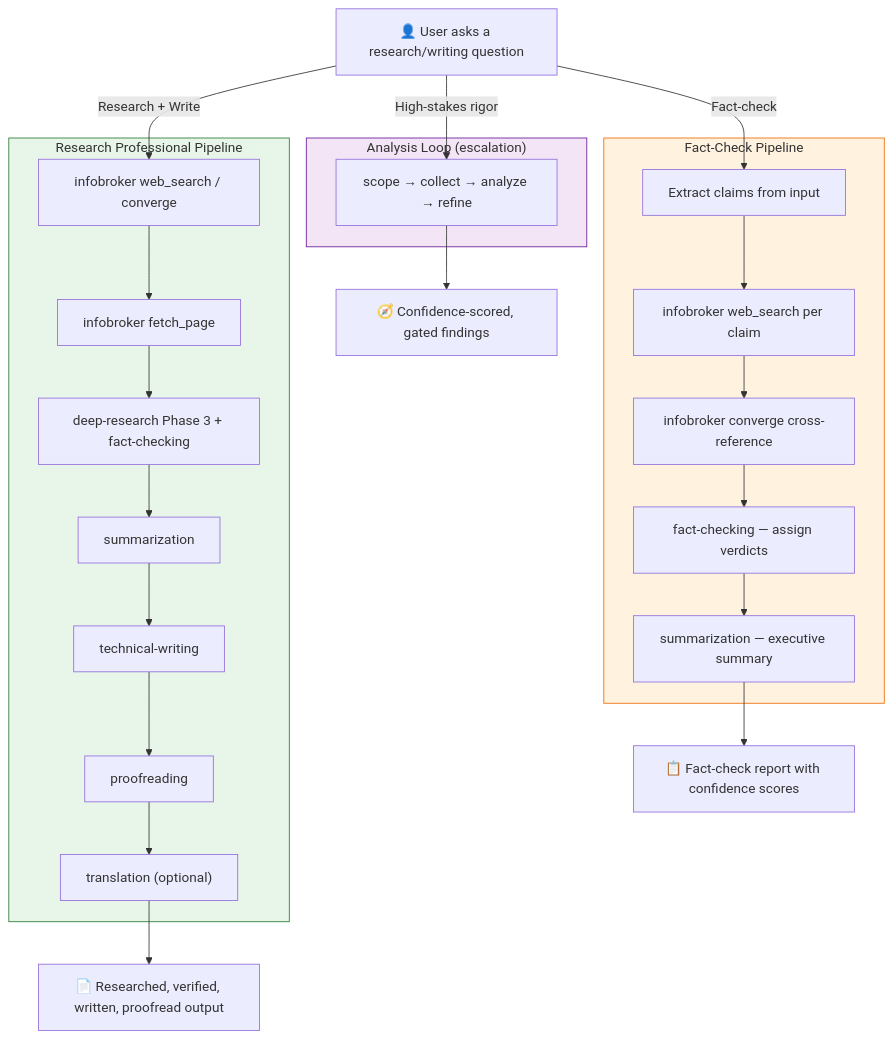
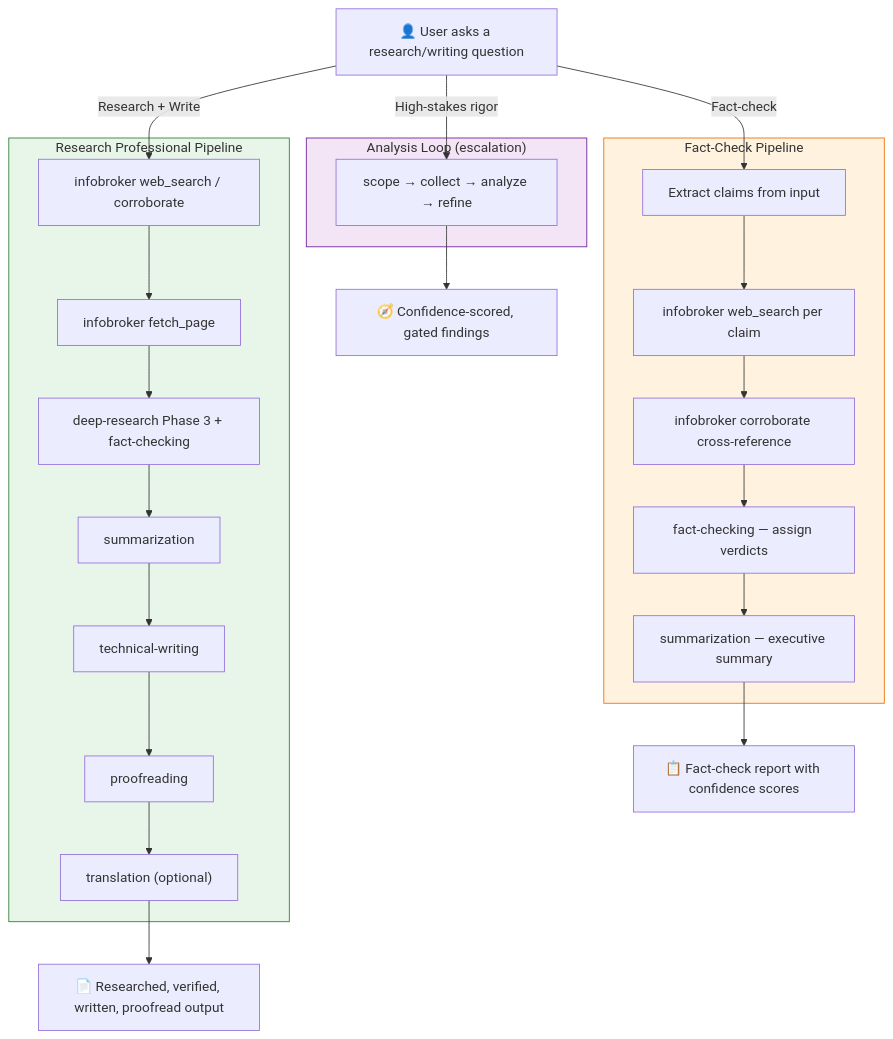
One commit to flukeatzerocool/infobroker changed the diagram in skills/infobroker/references/pipeline-map.md. Above: the diagram before and after it, drawn with Mermaid. The commit also changed 32 other files, not shown here.

````diff
--- a/skills/infobroker/references/pipeline-map.md
+++ b/skills/infobroker/references/pipeline-map.md
@@ -3,38 +3,38 @@
 ```mermaid
 flowchart TD
     U["👤 User asks a research/writing question"]
 
     U -->|"Research + Write"| RPMain
 
     subgraph RP["Research Professional Pipeline"]
-        RPMain["infobroker web_search / converge"] --> Extract["infobroker fetch_page"]
+        RPMain["infobroker web_search / corroborate"] --> Extract["infobroker fetch_page"]
         Extract --> Verify["deep-research Phase 3 + fact-checking"]
         Verify --> Summarize["summarization"]
         Summarize --> Write["technical-writing"]
         Write --> Polish["proofreading"]
         Polish --> Translate["translation (optional)"]
     end
 
     U -->|"Fact-check"| FCMain
 
     subgraph FC["Fact-Check Pipeline"]
         FCMain["Extract claims from input"] --> FCSearch["infobroker web_search per claim"]
-        FCSearch --> FCCC["infobroker converge cross-reference"]
+        FCSearch --> FCCC["infobroker corroborate cross-reference"]
         FCCC --> FCVerdict["fact-checking — assign verdicts"]
         FCVerdict --> FCSum["summarization — executive summary"]
     end
 
     U -->|"High-stakes rigor"| ALMain
 
     subgraph AL["Analysis Loop (escalation)"]
         ALMain["scope → collect → analyze → refine"]
     end
 
     Translate --> Output["📄 Researched, verified, written, proofread output"]
     FCSum --> Output2["📋 Fact-check report with confidence scores"]
     ALMain --> Output3["🧭 Confidence-scored, gated findings"]
 
     style RP fill:#e8f5e9,stroke:#2e7d32
     style FC fill:#fff3e0,stroke:#ef6c00
     style AL fill:#f3e5f5,stroke:#6a1b9a
 ```
````
